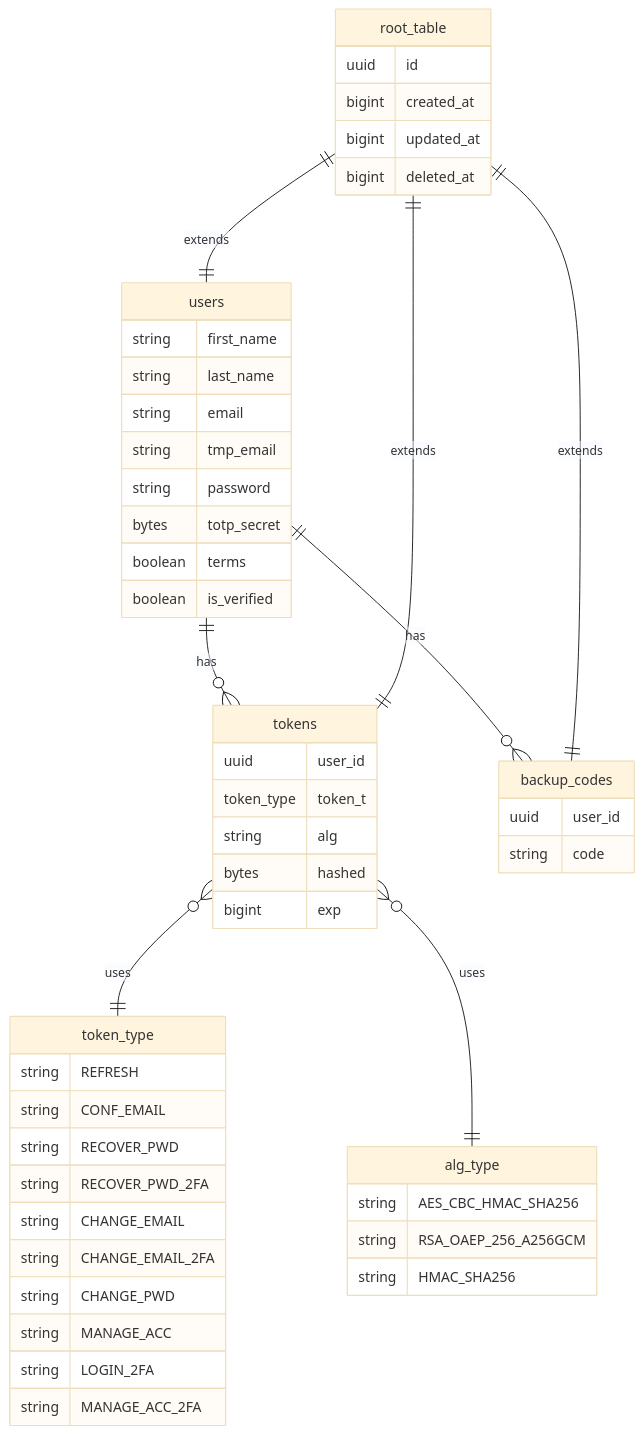
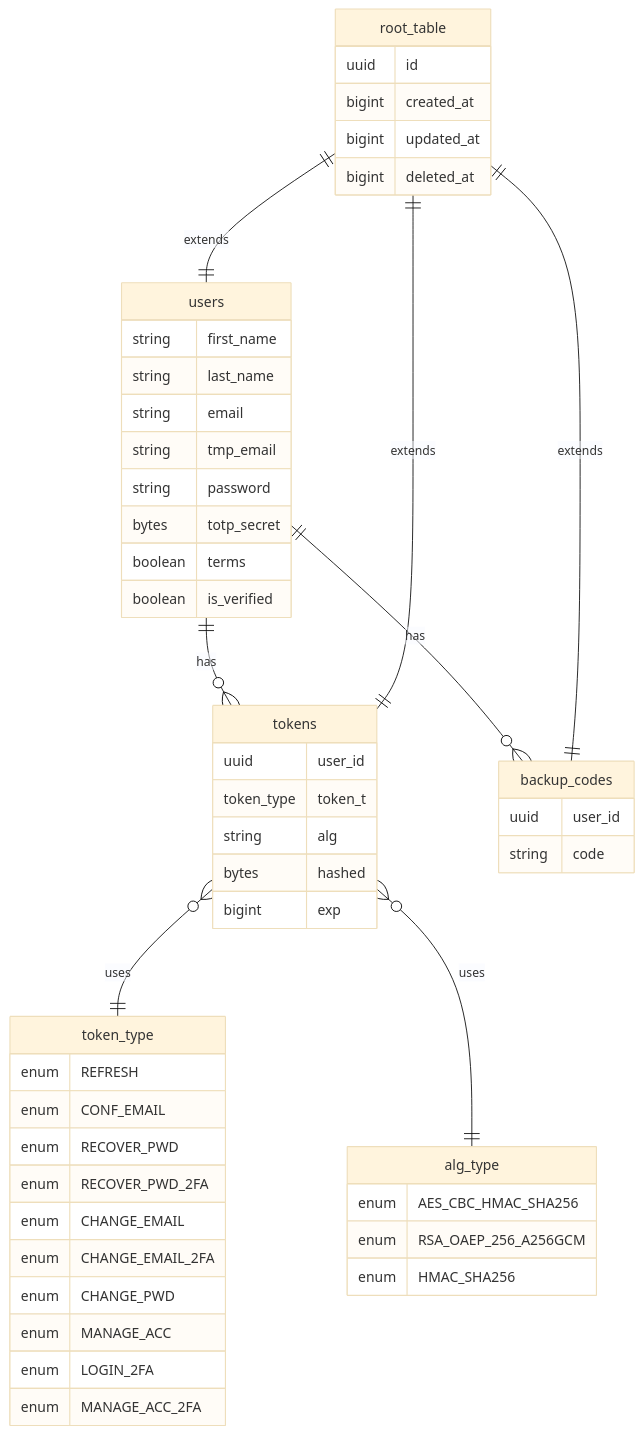
The diagram in README.md (AlexanderMatveev2908/PFN-job-application-tracker), drawn with Mermaid (base theme) before and after one commit.

Commit message:
🪾 recover_pwd => 📜 _

````diff
--- a/README.md
+++ b/README.md
@@ -512,60 +512,60 @@
 ```mermaid
 erDiagram
   users ||--o{ tokens : has
   users ||--o{ backup_codes : has
   tokens }o--|| token_type : uses
   tokens }o--|| alg_type : uses
   root_table ||--|| users : extends
   root_table ||--|| tokens : extends
   root_table ||--|| backup_codes : extends
 
   root_table {
     uuid id
     bigint created_at
     bigint updated_at
     bigint deleted_at
   }
 
   users {
     string first_name
     string last_name
     string email
     string tmp_email
     string password
     bytes totp_secret
     boolean terms
     boolean is_verified
   }
 
   backup_codes {
     uuid user_id
     string code
   }
 
   tokens {
     uuid user_id
     token_type token_t
     string alg
     bytes hashed
     bigint exp
   }
 
   token_type {
-    string REFRESH
-    string CONF_EMAIL
-    string RECOVER_PWD
-    string RECOVER_PWD_2FA
-    string CHANGE_EMAIL
-    string CHANGE_EMAIL_2FA
-    string CHANGE_PWD
-    string MANAGE_ACC
-    string LOGIN_2FA
-    string MANAGE_ACC_2FA
+    enum REFRESH
+    enum CONF_EMAIL
+    enum RECOVER_PWD
+    enum RECOVER_PWD_2FA
+    enum CHANGE_EMAIL
+    enum CHANGE_EMAIL_2FA
+    enum CHANGE_PWD
+    enum MANAGE_ACC
+    enum LOGIN_2FA
+    enum MANAGE_ACC_2FA
   }
 
   alg_type {
-    string AES_CBC_HMAC_SHA256
-    string RSA_OAEP_256_A256GCM
-    string HMAC_SHA256
+    enum AES_CBC_HMAC_SHA256
+    enum RSA_OAEP_256_A256GCM
+    enum HMAC_SHA256
   }
 ```
````
